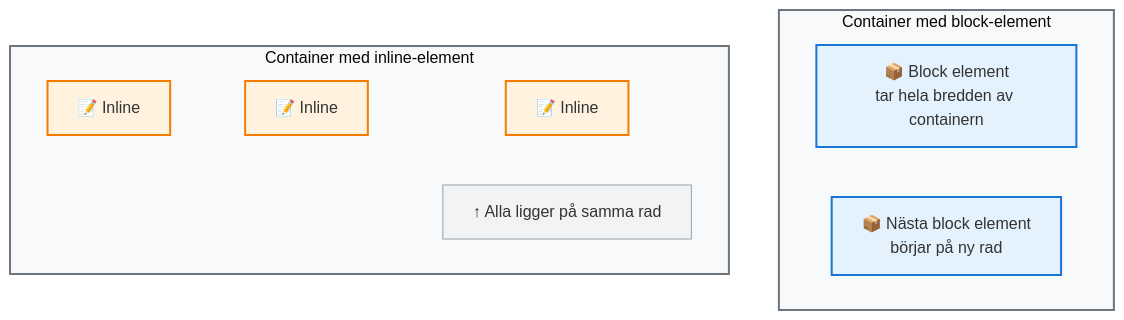
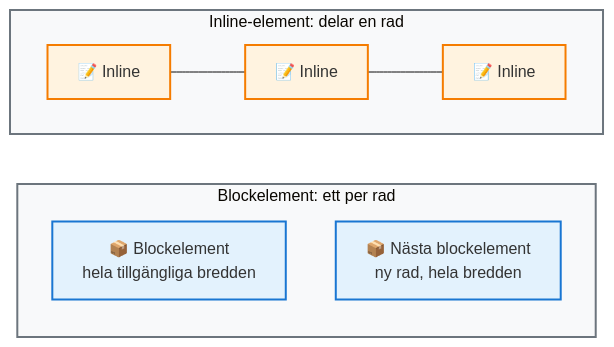
The second of 3 diagrams in src/kapitel_3/boxmodellen.md (Glimakra-Webbutvecklare/kursbok), drawn with Mermaid (base theme) before and after one commit. The commit also changed other lines of this file, not shown here.

````diff
--- a/src/kapitel_3/boxmodellen.md
+++ b/src/kapitel_3/boxmodellen.md
@@ -271,21 +264,21 @@
 ```mermaid
-flowchart TD
-    subgraph container1 ["Container med block-element"]
-        block1["📦 Block element<br/>tar hela bredden av containern"]
-        block2["📦 Nästa block element<br/>börjar på ny rad"]
+flowchart LR
+    subgraph container1 ["Blockelement: ett per rad"]
+        direction TB
+        block1["📦 Blockelement<br/>hela tillgängliga bredden"]
+        block2["📦 Nästa blockelement<br/>ny rad, hela bredden"]
     end
     
-    subgraph container2 ["Container med inline-element"]
-        inline1["📝 Inline"] ~~~ inline2["📝 Inline"] ~~~ inline3["📝 Inline"]
-        note["↑ Alla ligger på samma rad"]
+    subgraph container2 ["Inline-element: delar en rad"]
+        direction LR
+        inline1["📝 Inline"] --- inline2["📝 Inline"] --- inline3["📝 Inline"]
     end
     
     style container1 fill:#f8f9fa,stroke:#6c757d,stroke-width:2px
     style container2 fill:#f8f9fa,stroke:#6c757d,stroke-width:2px
     style block1 fill:#e3f2fd,stroke:#1976d2,stroke-width:2px
     style block2 fill:#e3f2fd,stroke:#1976d2,stroke-width:2px
     style inline1 fill:#fff3e0,stroke:#f57c00,stroke-width:2px
     style inline2 fill:#fff3e0,stroke:#f57c00,stroke-width:2px
     style inline3 fill:#fff3e0,stroke:#f57c00,stroke-width:2px
-    style note fill:#f1f3f4,stroke:#9aa0a6,stroke-width:1px
 ```
````
